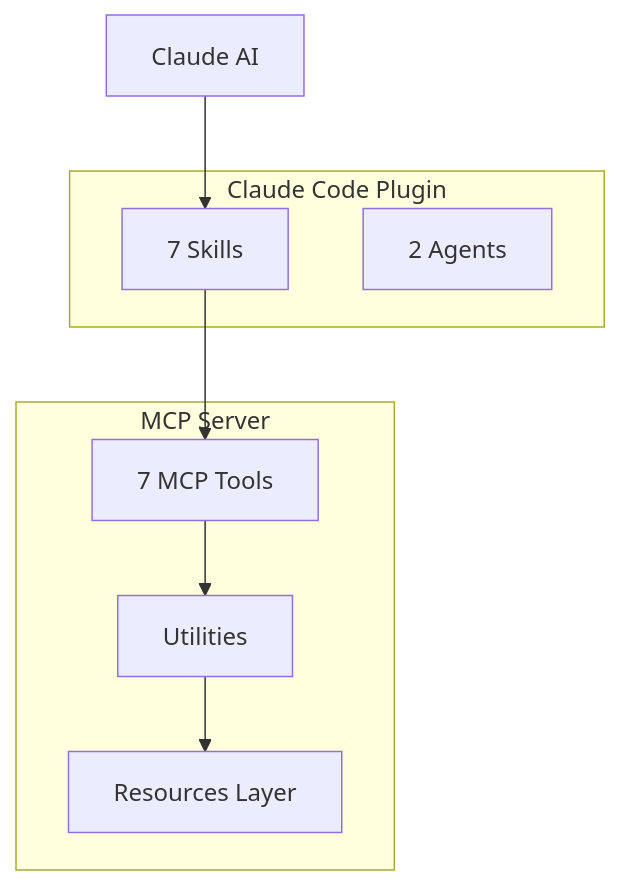
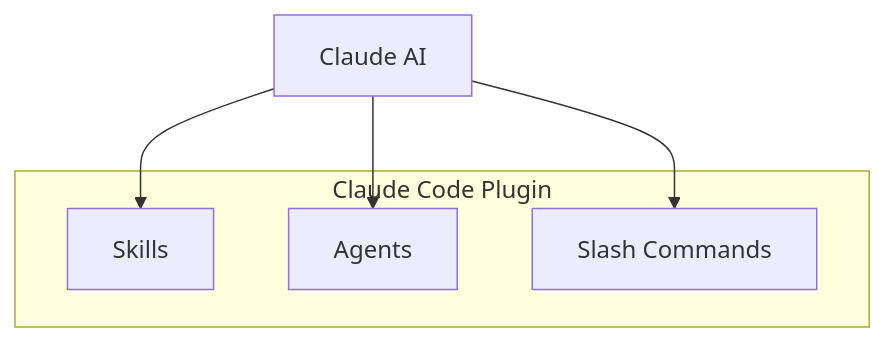
Before and after one commit to jschulte/stackshift: the diagram in docs/architecture.md, drawn with Mermaid. The commit also changed 294 other files, not shown here.

````diff
--- a/docs/architecture.md
+++ b/docs/architecture.md
@@ -9,21 +9,15 @@
 ```mermaid
 graph TB
 
-    subgraph "MCP Server"
-        mcp_tools[7 MCP Tools]
-        mcp_resources[Resources Layer]
-        mcp_utils[Utilities]
-    end
-
     subgraph "Claude Code Plugin"
-        plugin_skills[7 Skills]
-        plugin_agents[2 Agents]
+        plugin_skills[Skills]
+        plugin_agents[Agents]
+        plugin_commands[Slash Commands]
     end
 
     claude[Claude AI]
 
     claude --> plugin_skills
-    plugin_skills --> mcp_tools
-    mcp_tools --> mcp_utils
-    mcp_utils --> mcp_resources
+    claude --> plugin_agents
+    claude --> plugin_commands
 ```
````
